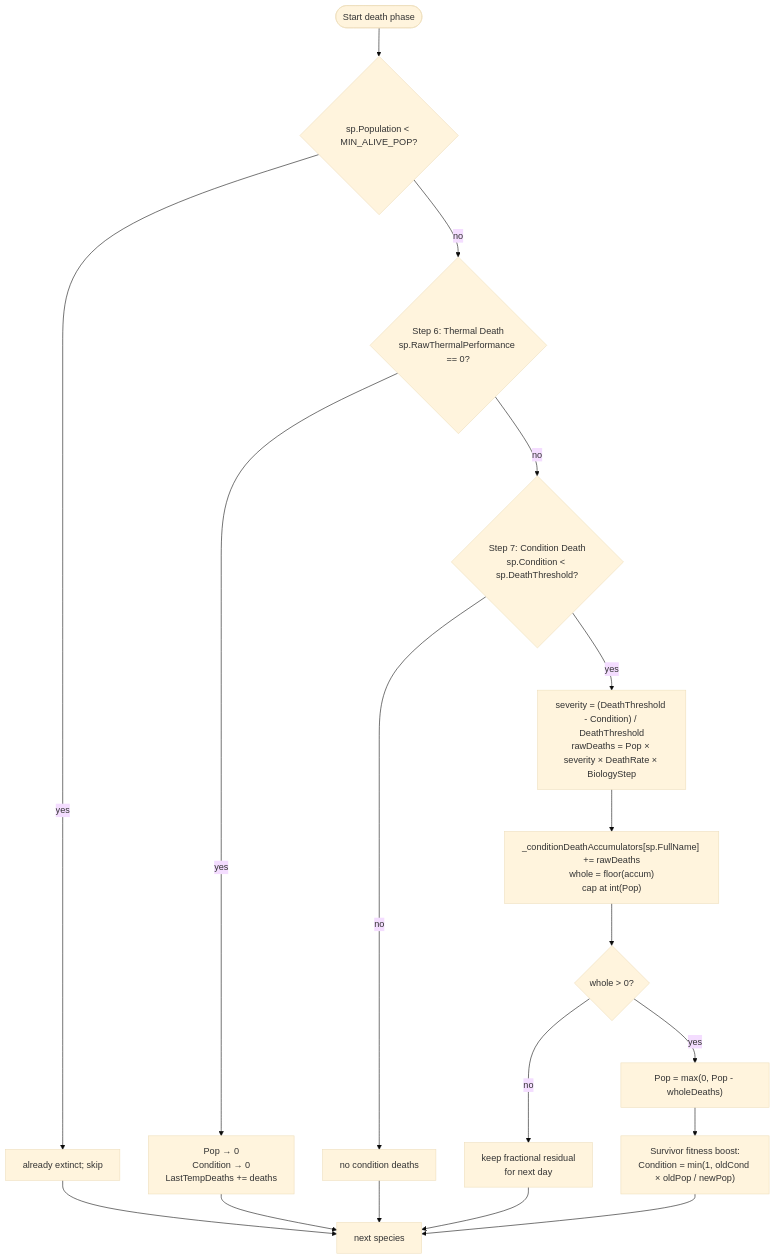
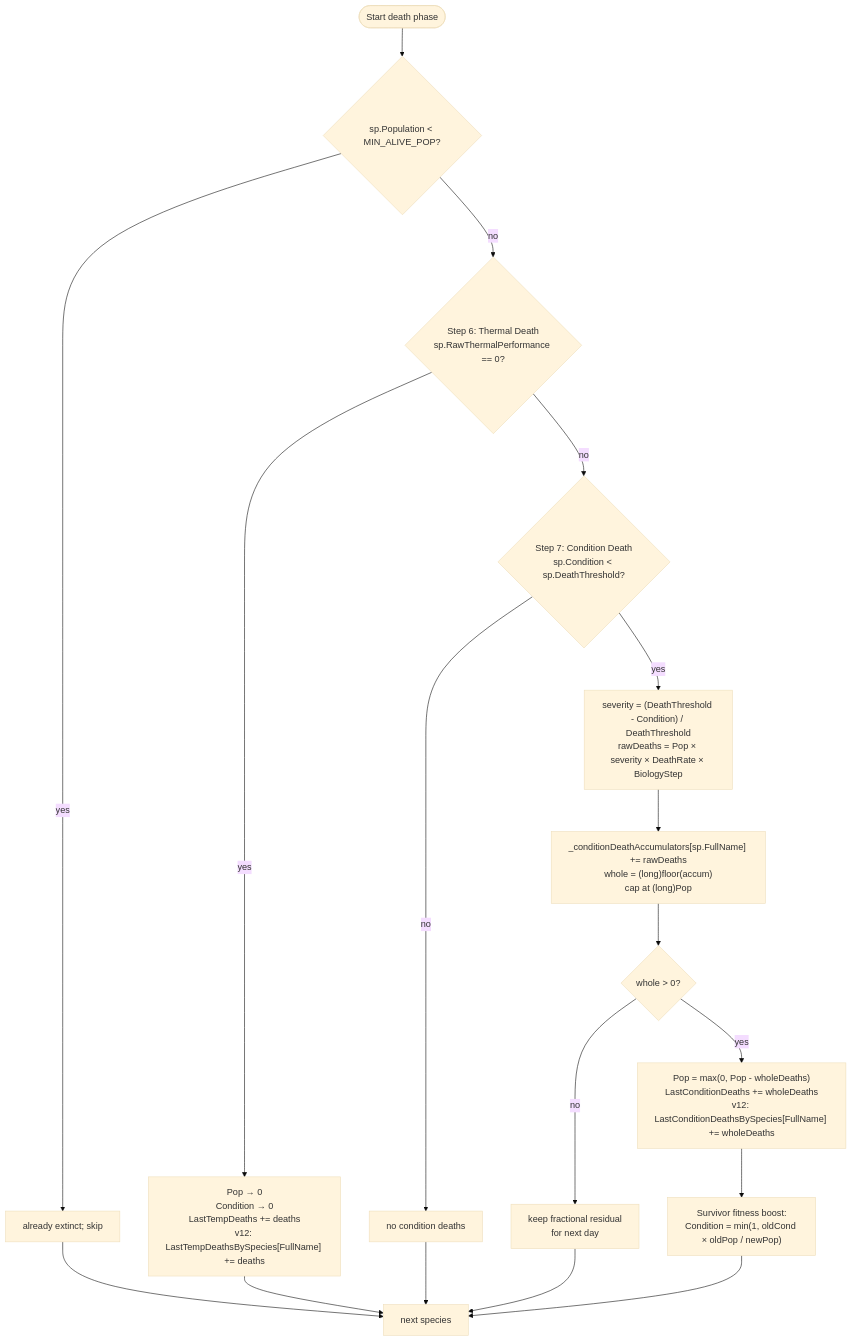
One commit to Ghostlab-Studios/tinysea changed the diagram in docs/diagrams/biology-death-phase.md. Above: the diagram before and after it, drawn with Mermaid (base theme). The commit also changed 56 other files, not shown here.

````diff
--- a/docs/diagrams/biology-death-phase.md
+++ b/docs/diagrams/biology-death-phase.md
@@ -5,20 +5,20 @@
 ```mermaid
 flowchart TD
-    Start([Start death phase]) --> Pop{"sp.Population < MIN_ALIVE_POP?"}
+    Start([Start death phase]) --> Pop{"sp.Population &lt; MIN_ALIVE_POP?"}
     Pop -- yes --> Skip[already extinct; skip]
     Pop -- no --> S6{"Step 6: Thermal Death<br/>sp.RawThermalPerformance == 0?"}
-    S6 -- yes --> Wipe["Pop → 0<br/>Condition → 0<br/>LastTempDeaths += deaths"]
-    S6 -- no --> S7{"Step 7: Condition Death<br/>sp.Condition < sp.DeathThreshold?"}
+    S6 -- yes --> Wipe["Pop → 0<br/>Condition → 0<br/>LastTempDeaths += deaths<br/>v12: LastTempDeathsBySpecies[FullName] += deaths"]
+    S6 -- no --> S7{"Step 7: Condition Death<br/>sp.Condition &lt; sp.DeathThreshold?"}
     S7 -- no --> NoDeaths[no condition deaths]
     S7 -- yes --> Sev["severity = (DeathThreshold - Condition) / DeathThreshold<br/>rawDeaths = Pop × severity × DeathRate × BiologyStep"]
-    Sev --> Accum["_conditionDeathAccumulators[sp.FullName] += rawDeaths<br/>whole = floor(accum)<br/>cap at int(Pop)"]
-    Accum --> WholeCheck{"whole > 0?"}
+    Sev --> Accum["_conditionDeathAccumulators[sp.FullName] += rawDeaths<br/>whole = (long)floor(accum)<br/>cap at (long)Pop"]
+    Accum --> WholeCheck{"whole &gt; 0?"}
     WholeCheck -- no --> Fractional[keep fractional residual<br/>for next day]
-    WholeCheck -- yes --> Kill["Pop = max(0, Pop - wholeDeaths)"]
+    WholeCheck -- yes --> Kill["Pop = max(0, Pop - wholeDeaths)<br/>LastConditionDeaths += wholeDeaths<br/>v12: LastConditionDeathsBySpecies[FullName] += wholeDeaths"]
     Kill --> Boost["Survivor fitness boost:<br/>Condition = min(1, oldCond × oldPop / newPop)"]
     Boost --> Next[next species]
     Wipe --> Next
     Skip --> Next
     NoDeaths --> Next
     Fractional --> Next
 ```
````
